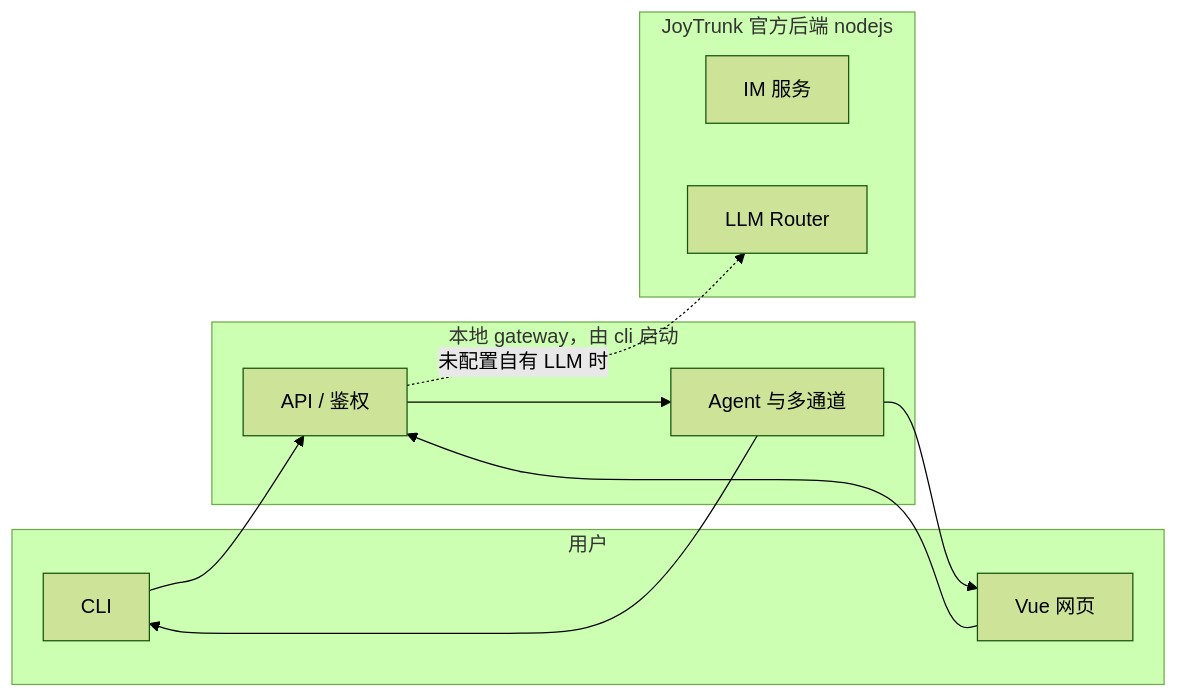
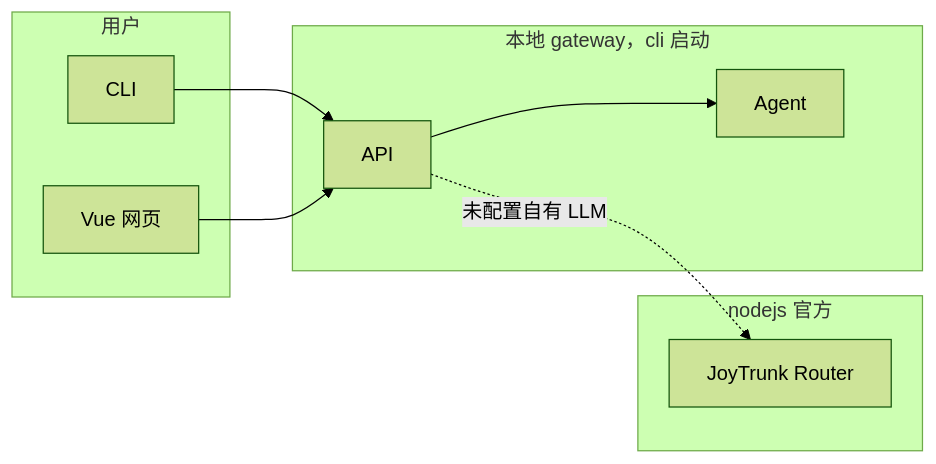
The second of 2 diagrams in agent.md (duochouchouai/joytrunk), drawn with Mermaid (forest theme) before and after one commit. The commit also changed other lines of this file and 7 other files, not shown here.

````diff
--- a/agent.md
+++ b/agent.md
@@ -33,21 +29,18 @@
 ```mermaid
 flowchart LR
   subgraph users [用户]
     CLI[CLI]
     Vue[Vue 网页]
   end
-  subgraph localGateway [本地 gateway，由 cli 启动]
-    API[API / 鉴权]
-    Agent[Agent 与多通道]
+  subgraph localGateway [本地 gateway，cli 启动]
+    API[API]
+    Agent[Agent]
   end
-  subgraph official [JoyTrunk 官方后端 nodejs]
-    IM[IM 服务]
-    Router[LLM Router]
+  subgraph official [nodejs 官方]
+    Router[JoyTrunk Router]
   end
   CLI --> API
   Vue --> API
   API --> Agent
-  Agent --> CLI
-  Agent --> Vue
-  API -.->|"未配置自有 LLM 时"| Router
+  API -.->|"未配置自有 LLM"| Router
 ```
````
